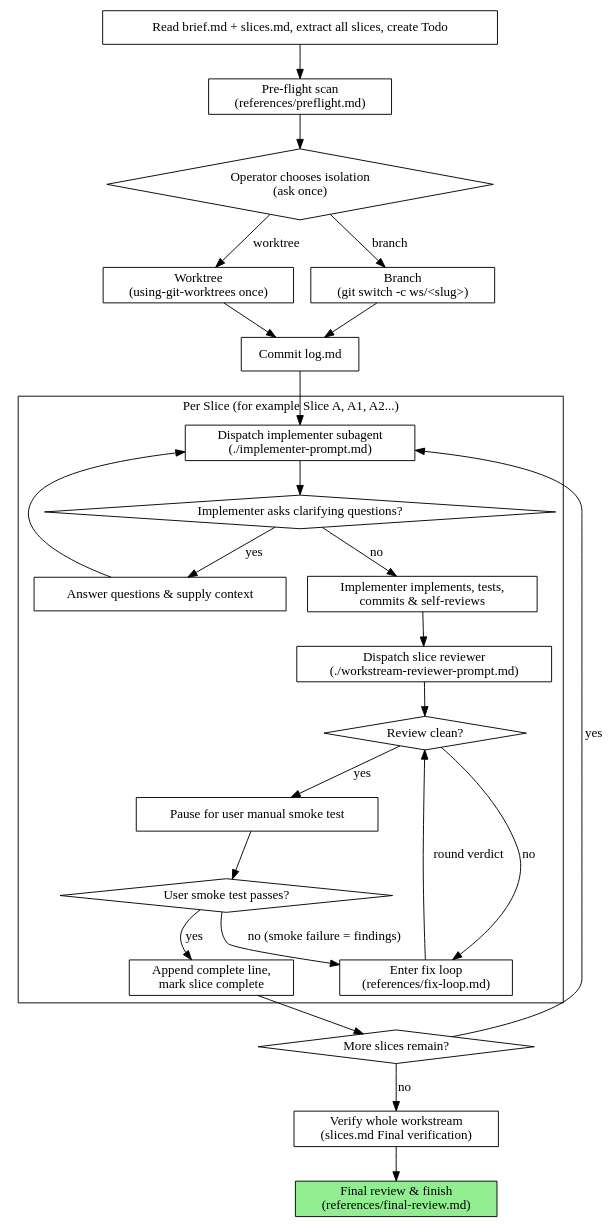
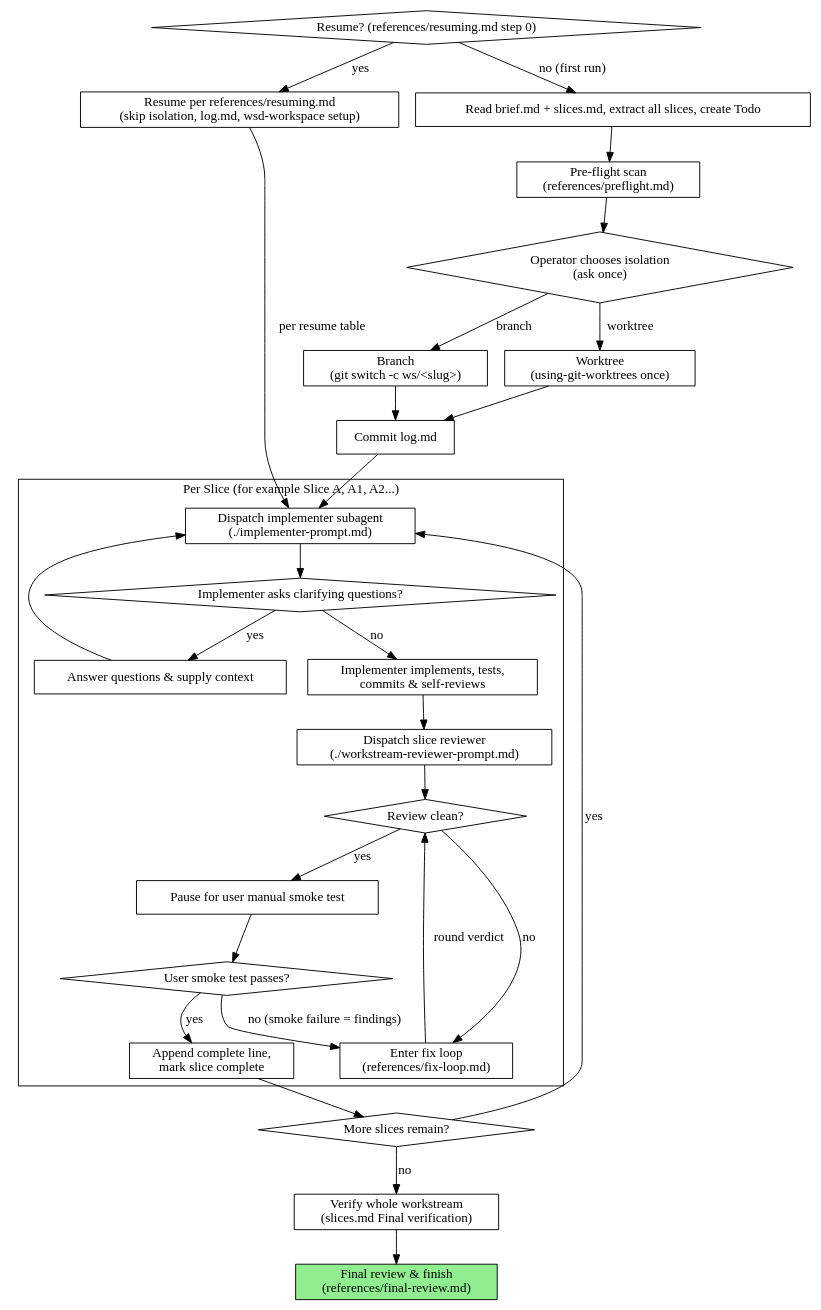
Before and after one commit to dtbndr/solopowers: the diagram in skills/workstream-driven-development/SKILL.md, drawn with Graphviz. The commit also changed other lines of this file and 2 other files, not shown here.

First line of the commit message:
fix(lite): route resume to step 0 before isolation choice (Group 2c P1)

````diff
--- a/skills/workstream-driven-development/SKILL.md
+++ b/skills/workstream-driven-development/SKILL.md
@@ -28,53 +28,58 @@
 ```dot
 digraph workstream_execution {
     rankdir=TB;
 
     subgraph cluster_per_slice {
         label="Per Slice (for example Slice A, A1, A2...)";
         "Dispatch implementer subagent\n(./implementer-prompt.md)" [shape=box];
         "Implementer asks clarifying questions?" [shape=diamond];
         "Answer questions & supply context" [shape=box];
         "Implementer implements, tests,\ncommits & self-reviews" [shape=box];
         "Dispatch slice reviewer\n(./workstream-reviewer-prompt.md)" [shape=box];
         "Review clean?" [shape=diamond];
         "Enter fix loop\n(references/fix-loop.md)" [shape=box];
         "Pause for user manual smoke test" [shape=box];
         "User smoke test passes?" [shape=diamond];
         "Append complete line,\nmark slice complete" [shape=box];
     }
 
+    "Resume? (references/resuming.md step 0)" [shape=diamond];
+    "Resume per references/resuming.md\n(skip isolation, log.md, wsd-workspace setup)" [shape=box];
     "Read brief.md + slices.md, extract all slices, create Todo" [shape=box];
     "Pre-flight scan\n(references/preflight.md)" [shape=box];
     "Operator chooses isolation\n(ask once)" [shape=diamond];
     "Worktree\n(using-git-worktrees once)" [shape=box];
     "Branch\n(git switch -c ws/<slug>)" [shape=box];
     "Commit log.md" [shape=box];
     "More slices remain?" [shape=diamond];
     "Verify whole workstream\n(slices.md Final verification)" [shape=box];
     "Final review & finish\n(references/final-review.md)" [shape=box style=filled fillcolor=lightgreen];
 
+    "Resume? (references/resuming.md step 0)" -> "Resume per references/resuming.md\n(skip isolation, log.md, wsd-workspace setup)" [label="yes"];
+    "Resume? (references/resuming.md step 0)" -> "Read brief.md + slices.md, extract all slices, create Todo" [label="no (first run)"];
+    "Resume per references/resuming.md\n(skip isolation, log.md, wsd-workspace setup)" -> "Dispatch implementer subagent\n(./implementer-prompt.md)" [label="per resume table"];
     "Read brief.md + slices.md, extract all slices, create Todo" -> "Pre-flight scan\n(references/preflight.md)";
     "Pre-flight scan\n(references/preflight.md)" -> "Operator chooses isolation\n(ask once)";
     "Operator chooses isolation\n(ask once)" -> "Worktree\n(using-git-worktrees once)" [label="worktree"];
     "Operator chooses isolation\n(ask once)" -> "Branch\n(git switch -c ws/<slug>)" [label="branch"];
     "Worktree\n(using-git-worktrees once)" -> "Commit log.md";
     "Branch\n(git switch -c ws/<slug>)" -> "Commit log.md";
     "Commit log.md" -> "Dispatch implementer subagent\n(./implementer-prompt.md)";
     "Dispatch implementer subagent\n(./implementer-prompt.md)" -> "Implementer asks clarifying questions?";
     "Implementer asks clarifying questions?" -> "Answer questions & supply context" [label="yes"];
     "Answer questions & supply context" -> "Dispatch implementer subagent\n(./implementer-prompt.md)";
     "Implementer asks clarifying questions?" -> "Implementer implements, tests,\ncommits & self-reviews" [label="no"];
     "Implementer implements, tests,\ncommits & self-reviews" -> "Dispatch slice reviewer\n(./workstream-reviewer-prompt.md)";
     "Dispatch slice reviewer\n(./workstream-reviewer-prompt.md)" -> "Review clean?";
     "Review clean?" -> "Enter fix loop\n(references/fix-loop.md)" [label="no"];
     "Enter fix loop\n(references/fix-loop.md)" -> "Review clean?" [label="round verdict"];
     "Review clean?" -> "Pause for user manual smoke test" [label="yes"];
     "Pause for user manual smoke test" -> "User smoke test passes?";
     "User smoke test passes?" -> "Enter fix loop\n(references/fix-loop.md)" [label="no (smoke failure = findings)"];
     "User smoke test passes?" -> "Append complete line,\nmark slice complete" [label="yes"];
     "Append complete line,\nmark slice complete" -> "More slices remain?";
     "More slices remain?" -> "Dispatch implementer subagent\n(./implementer-prompt.md)" [label="yes"];
     "More slices remain?" -> "Verify whole workstream\n(slices.md Final verification)" [label="no"];
     "Verify whole workstream\n(slices.md Final verification)" -> "Final review & finish\n(references/final-review.md)";
 }
 ```
````
